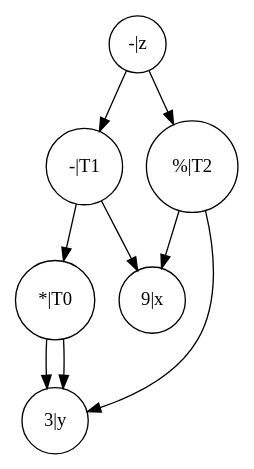
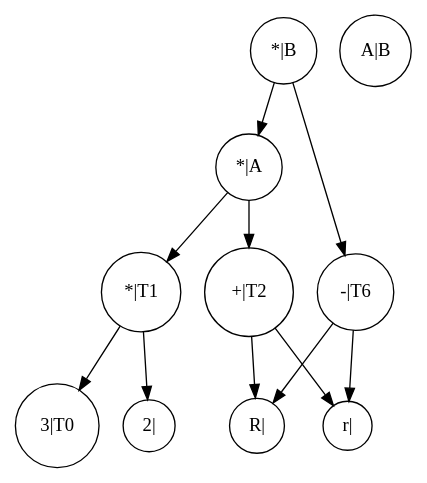
One commit to hutao99/compiler changed the diagram in DAG/visible.gv. Above: the diagram before and after it, drawn with Graphviz. The commit also changed 6 other files, not shown here.

```diff
--- a/DAG/visible.gv
+++ b/DAG/visible.gv
@@ -1,18 +1,24 @@
 // comment
 digraph "./DAG/visible" {
 	node [color=black shape=circle size="20,5"]
-	1 [label="9|x"]
-	2 [label="3|y"]
-	3 [label="*|T0"]
-	4 [label="-|T1"]
-	5 [label="%|T2"]
-	6 [label="-|z"]
-	3 -> 2
-	3 -> 2
-	4 -> 3
-	4 -> 1
-	5 -> 2
-	5 -> 1
-	6 -> 5
-	6 -> 4
+	1 [label="3|T0"]
+	2 [label="*|T1"]
+	3 [label="2|"]
+	4 [label="+|T2"]
+	5 [label="R|"]
+	6 [label="r|"]
+	7 [label="*|A"]
+	8 [label="A|B"]
+	9 [label="-|T6"]
+	10 [label="*|B"]
+	2 -> 1
+	2 -> 3
+	4 -> 6
+	4 -> 5
+	7 -> 4
+	7 -> 2
+	9 -> 6
+	9 -> 5
+	10 -> 9
+	10 -> 7
 }
```
